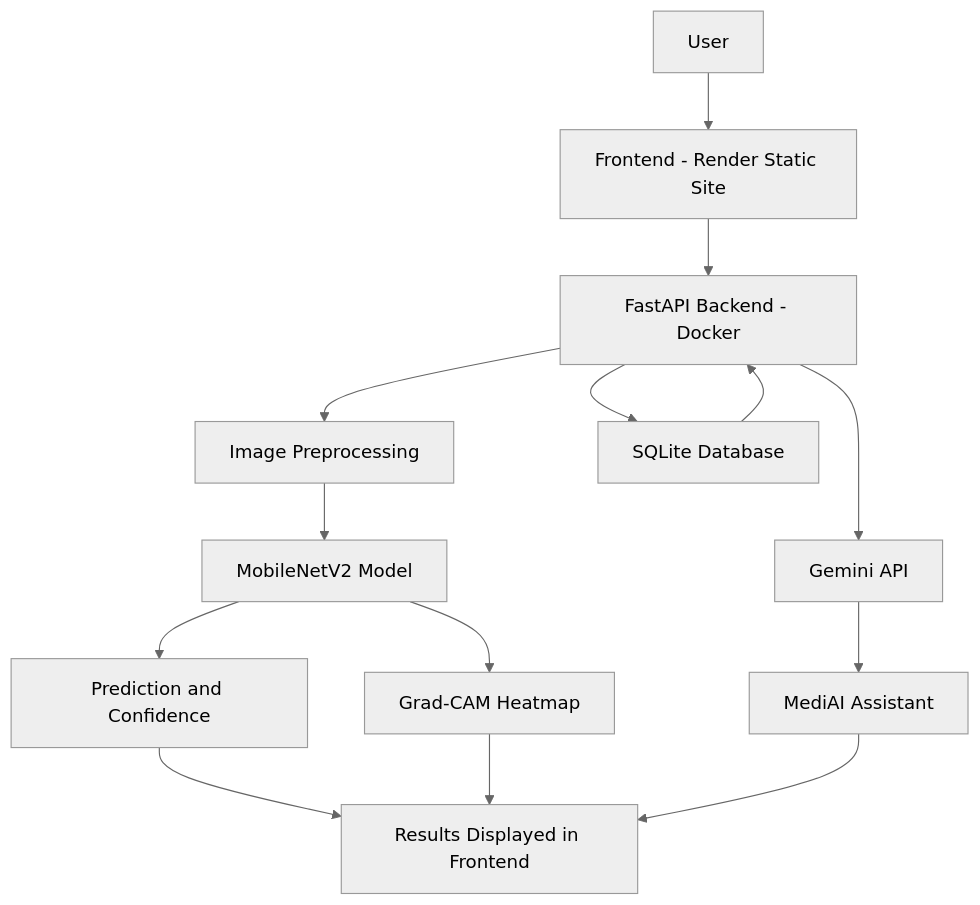
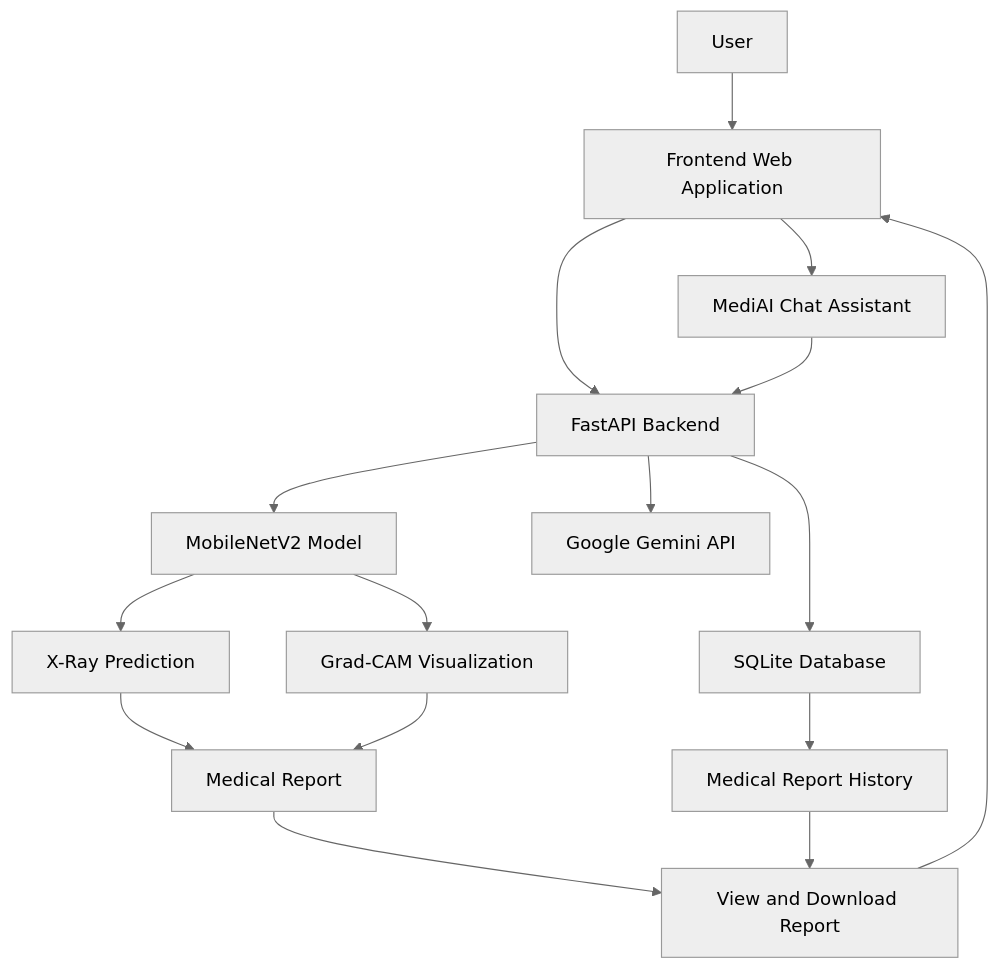
Before and after one commit to shivamani2024/AI-Medical-X-Ray-Analysis: the diagram in README.md, drawn with Mermaid (neutral theme). The commit also changed other lines of this file, not shown here.

````diff
--- a/README.md
+++ b/README.md
@@ -42,16 +40,23 @@
 ```mermaid
 flowchart TD
-    A[User] --> B[Frontend - Render Static Site]
-    B --> C[FastAPI Backend - Docker]
-    C --> D[Image Preprocessing]
-    D --> E[MobileNetV2 Model]
-    E --> F[Prediction and Confidence]
-    E --> G[Grad-CAM Heatmap]
-    C --> H[SQLite Database]
-    C --> I[Gemini API]
-    I --> J[MediAI Assistant]
-    F --> K[Results Displayed in Frontend]
-    G --> K
-    J --> K
-    H --> C
+    A[User] --> B[Frontend Web Application]
+    B --> C[FastAPI Backend]
+
+    C --> D[MobileNetV2 Model]
+    D --> E[X-Ray Prediction]
+    D --> F[Grad-CAM Visualization]
+
+    E --> G[Medical Report]
+    F --> G
+    G --> H[View and Download Report]
+
+    B --> I[MediAI Chat Assistant]
+    I --> C
+    C --> J[Google Gemini API]
+
+    C --> K[SQLite Database]
+    K --> L[Medical Report History]
+    L --> H
+
+    H --> B
 ```
````
